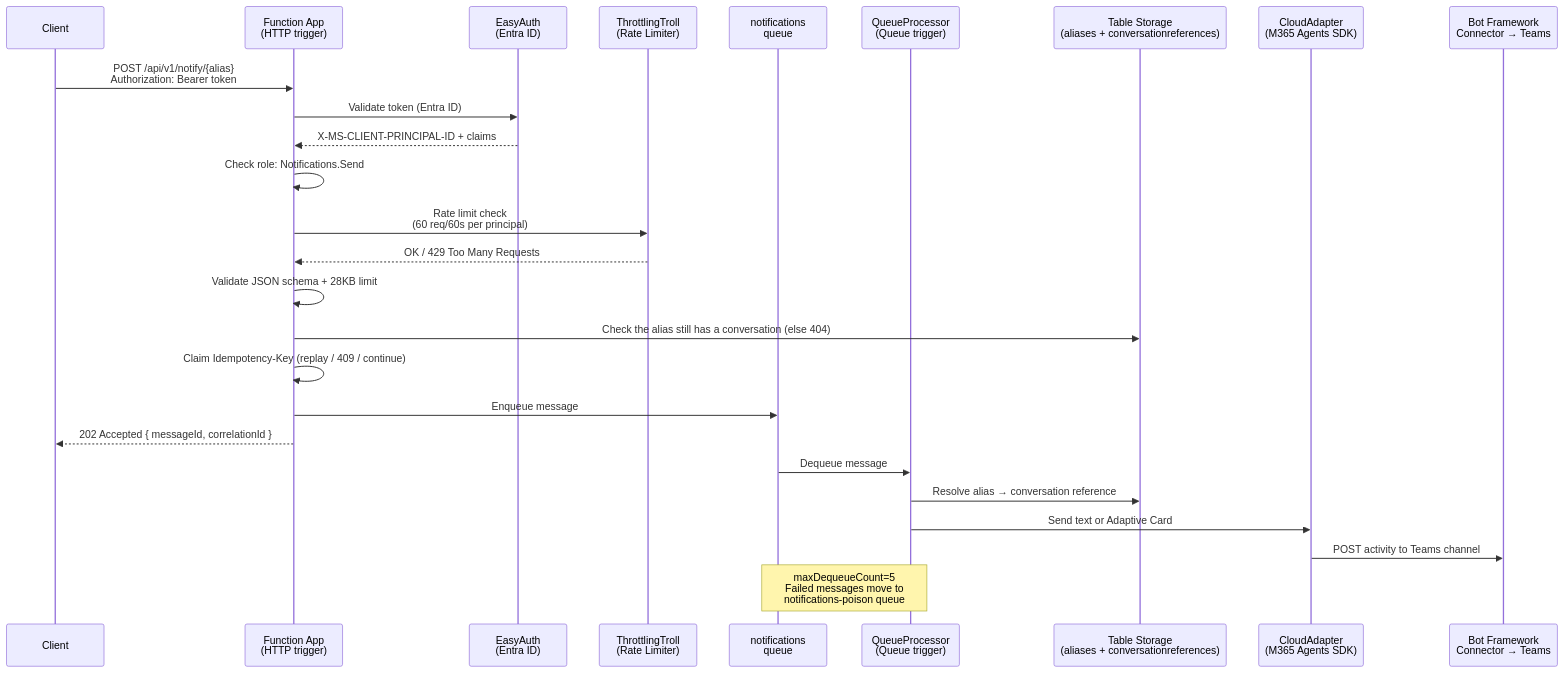
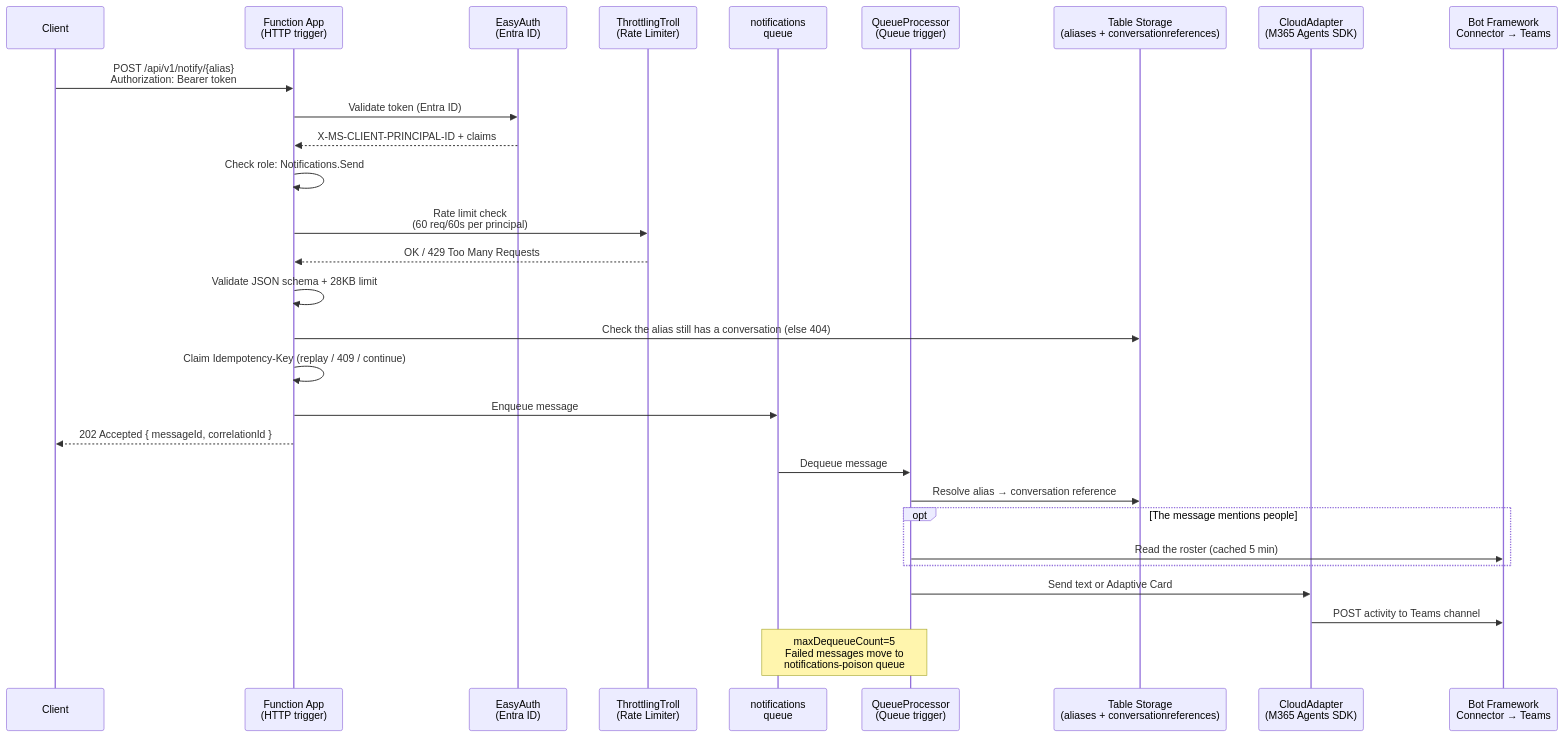
The first of 6 diagrams in docs/architecture.md (dsb-norge/teams-notifier-function-app), drawn with Mermaid before and after one commit. The commit also changed other lines of this file and 17 other files, not shown here.

````diff
--- a/docs/architecture.md
+++ b/docs/architecture.md
@@ -13,31 +13,34 @@
 ```mermaid
 sequenceDiagram
     participant Client
     participant FuncApp as Function App<br/>(HTTP trigger)
     participant EasyAuth as EasyAuth<br/>(Entra ID)
     participant RateLimit as ThrottlingTroll<br/>(Rate Limiter)
     participant Queue as notifications<br/>queue
     participant QueueProc as QueueProcessor<br/>(Queue trigger)
     participant Tables as Table Storage<br/>(aliases + conversationreferences)
     participant Bot as CloudAdapter<br/>(M365 Agents SDK)
     participant Teams as Bot Framework<br/>Connector → Teams
 
     Client->>FuncApp: POST /api/v1/notify/{alias}<br/>Authorization: Bearer token
     FuncApp->>EasyAuth: Validate token (Entra ID)
     EasyAuth-->>FuncApp: X-MS-CLIENT-PRINCIPAL-ID + claims
     FuncApp->>FuncApp: Check role: Notifications.Send
     FuncApp->>RateLimit: Rate limit check<br/>(60 req/60s per principal)
     RateLimit-->>FuncApp: OK / 429 Too Many Requests
     FuncApp->>FuncApp: Validate JSON schema + 28KB limit
     FuncApp->>Tables: Check the alias still has a conversation (else 404)
     FuncApp->>FuncApp: Claim Idempotency-Key (replay / 409 / continue)
     FuncApp->>Queue: Enqueue message
     FuncApp-->>Client: 202 Accepted { messageId, correlationId }
 
     Queue->>QueueProc: Dequeue message
     QueueProc->>Tables: Resolve alias → conversation reference
+    opt The message mentions people
+        QueueProc->>Teams: Read the roster (cached 5 min)
+    end
     QueueProc->>Bot: Send text or Adaptive Card
     Bot->>Teams: POST activity to Teams channel
 
     Note over Queue,QueueProc: maxDequeueCount=5<br/>Failed messages move to<br/>notifications-poison queue
 ```
````
